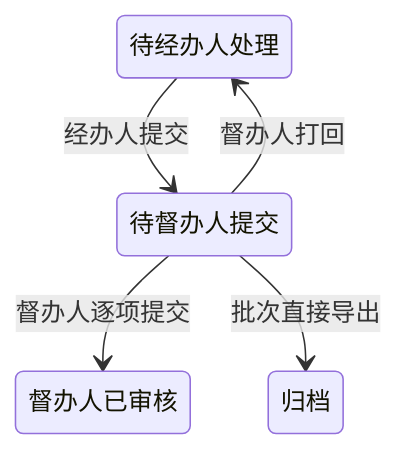
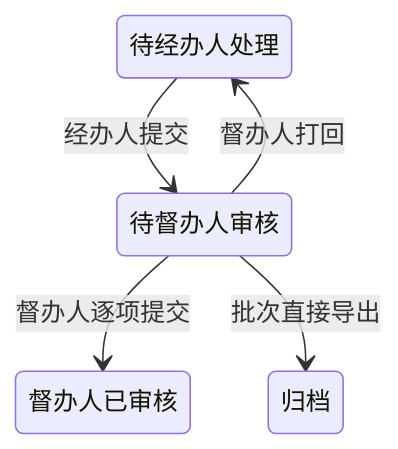
The third of 6 diagrams in ledger-v2/designs/ledger-v2/flows.md (sushanglewis/WeLink), drawn with Mermaid before and after one commit. The commit also changed other lines of this file and 23 other files, not shown here.

````diff
--- a/ledger-v2/designs/ledger-v2/flows.md
+++ b/ledger-v2/designs/ledger-v2/flows.md
@@ -48,11 +48,11 @@
 ```mermaid
 stateDiagram-v2
     state "待经办人处理" as H
-    state "待督办人提交" as SA
+    state "待督办人审核" as SA
     state "督办人已审核" as SD
     state "归档" as AR
     H --> SA: 经办人提交
     SA --> H: 督办人打回
     SA --> SD: 督办人逐项提交
     SA --> AR: 批次直接导出
 ```
````
